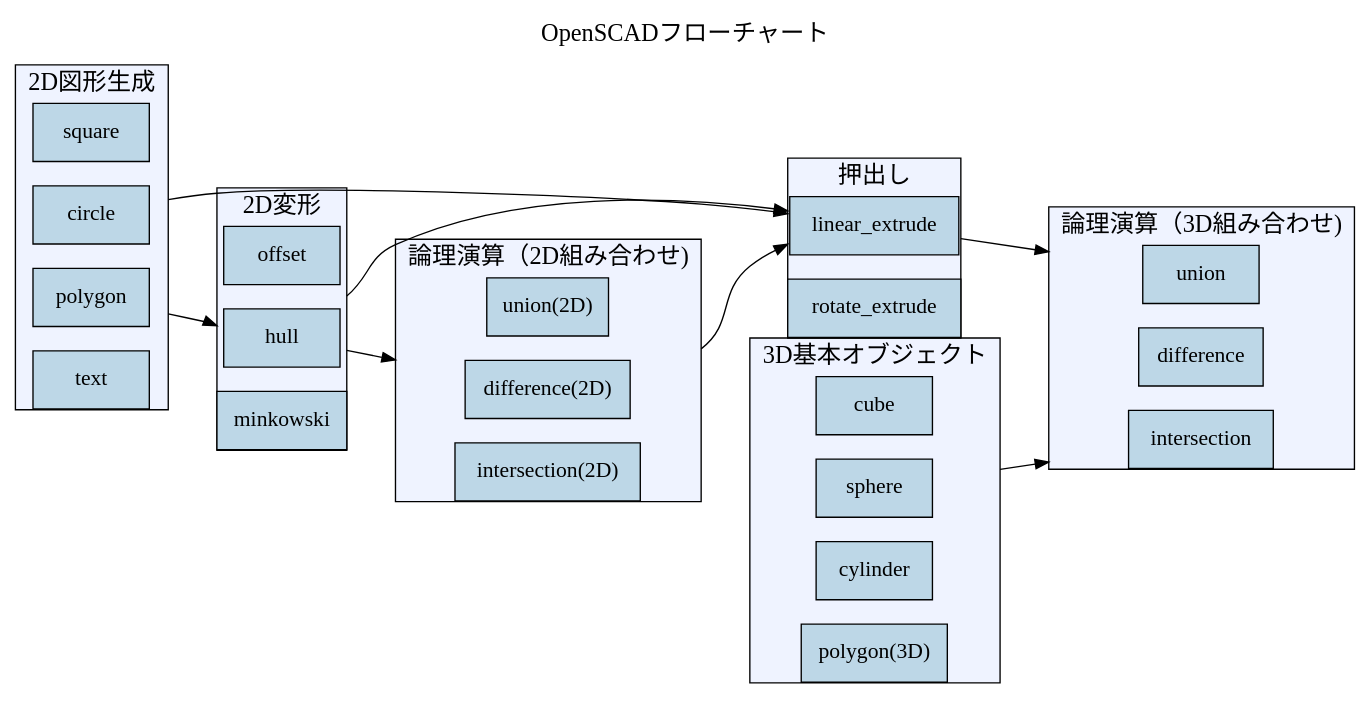
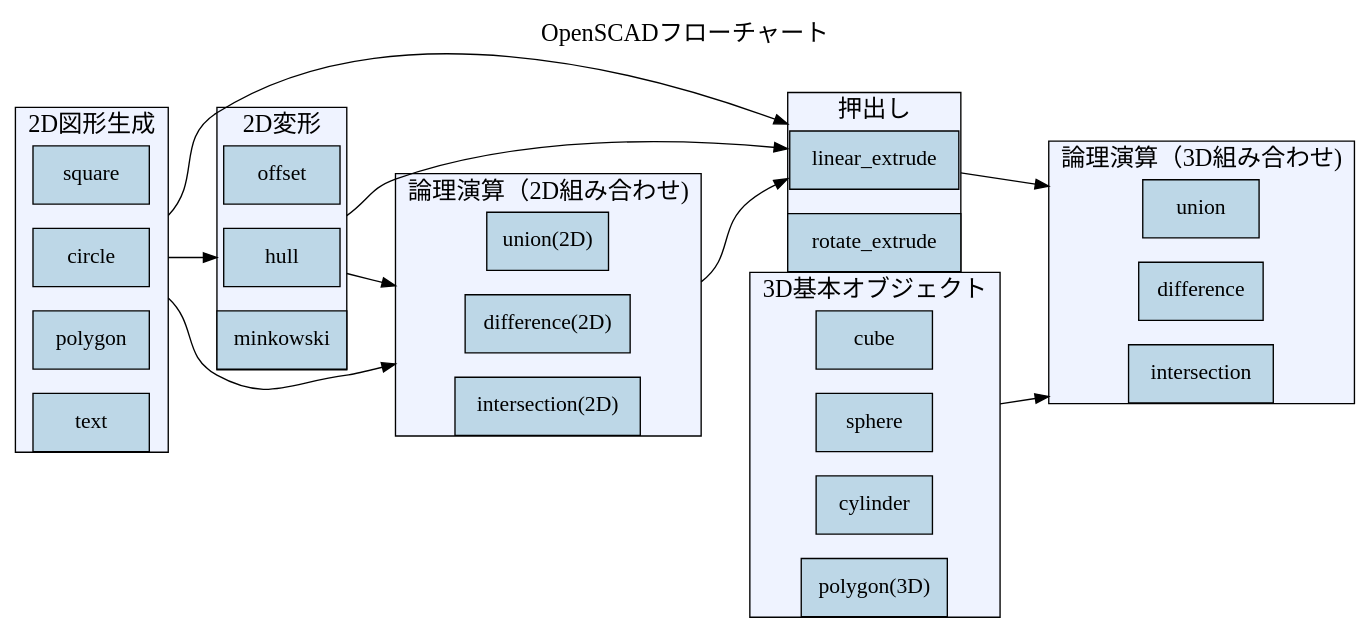
The diagram in docs/img/flowchart.dot (FabResearch-KyushuUniv/digifab17_openscad), drawn with Graphviz before and after one commit. The commit also changed 2 other files, not shown here.

```diff
--- a/docs/img/flowchart.dot
+++ b/docs/img/flowchart.dot
@@ -1,93 +1,94 @@
 digraph g{
   graph[
   label="OpenSCADフローチャート",
   layout = dot,
   charset = "UTF-8",
    labelloc = "t",
    labeljust = "c",
    bgcolor = "#ffffff",
    fontcolor = black,
    fontsize = 18,
    style = "filled",
    rankdir = "LR",
    margin = 0.2,
    fontname = "Hiragino Kaku Gothic",
   compound = true
   ];
 
   node [
      style = "solid,filled",
      fontsize = 16,
      fontname = "Hiragino Kaku Gothic",
      height = 0.6,
      width = 1.2,
      shape=box,
      fillcolor="/blues5/1"
    ];
 
   subgraph cluster1{
   margin = 0.2;
   label= "2D図形生成";
   bgcolor="/blues5/1";
   node[fillcolor="/blues5/2"];
 
     "square";
     "circle";
     "polygon";
     "text"
   };
   subgraph cluster2{
   margin = 0.2;
   bgcolor="/blues5/1";
   node[fillcolor="/blues5/2"];
   label="3D基本オブジェクト";
   "cube";
   "sphere";
   "cylinder";
   "polygon(3D)";
   }
   subgraph cluster3{
   margin = 0.2;
   bgcolor="/blues5/1";
   node[fillcolor="/blues5/2"];
   label="押出し";
   "linear_extrude";
   "rotate_extrude";
   }
 
   subgraph cluster4{
   margin = 0.2;
   bgcolor="/blues5/1";
   node[fillcolor="/blues5/2"];
   label="2D変形";
   "offset";
   "hull";
   "minkowski"
   }
   subgraph cluster5{
   margin = 0.2;
   bgcolor="/blues5/1";
   node[fillcolor="/blues5/2"];
 label="論理演算（3D組み合わせ)";
 union;
 difference;
 intersection;
 }
 subgraph cluster6{
 margin = 0.2;
 bgcolor="/blues5/1";
 node[fillcolor="/blues5/2"];
 label="論理演算（2D組み合わせ)";
 "union(2D)";
 "difference(2D)";
 "intersection(2D)";
 }
 circle -> linear_extrude[ltail=cluster1, lhead=cluster3];
-polygon -> hull[lhead=cluster4,ltail=cluster1];
+circle -> "difference(2D)"[ltail=cluster1,lhead=cluster6];
+circle -> hull[lhead=cluster4,ltail=cluster1];
 hull ->linear_extrude[ltail=cluster4, lhead=cluster3];
 hull ->"difference(2D)"[ltail=cluster4, lhead=cluster6];
 "difference(2D)" ->linear_extrude[ltail=cluster6, lhead=cluster3];
 
   sphere-> intersection[lhead=cluster5,ltail=cluster2];
   linear_extrude -> union[lhead=cluster5,ltail=cluster3];
 }
```
